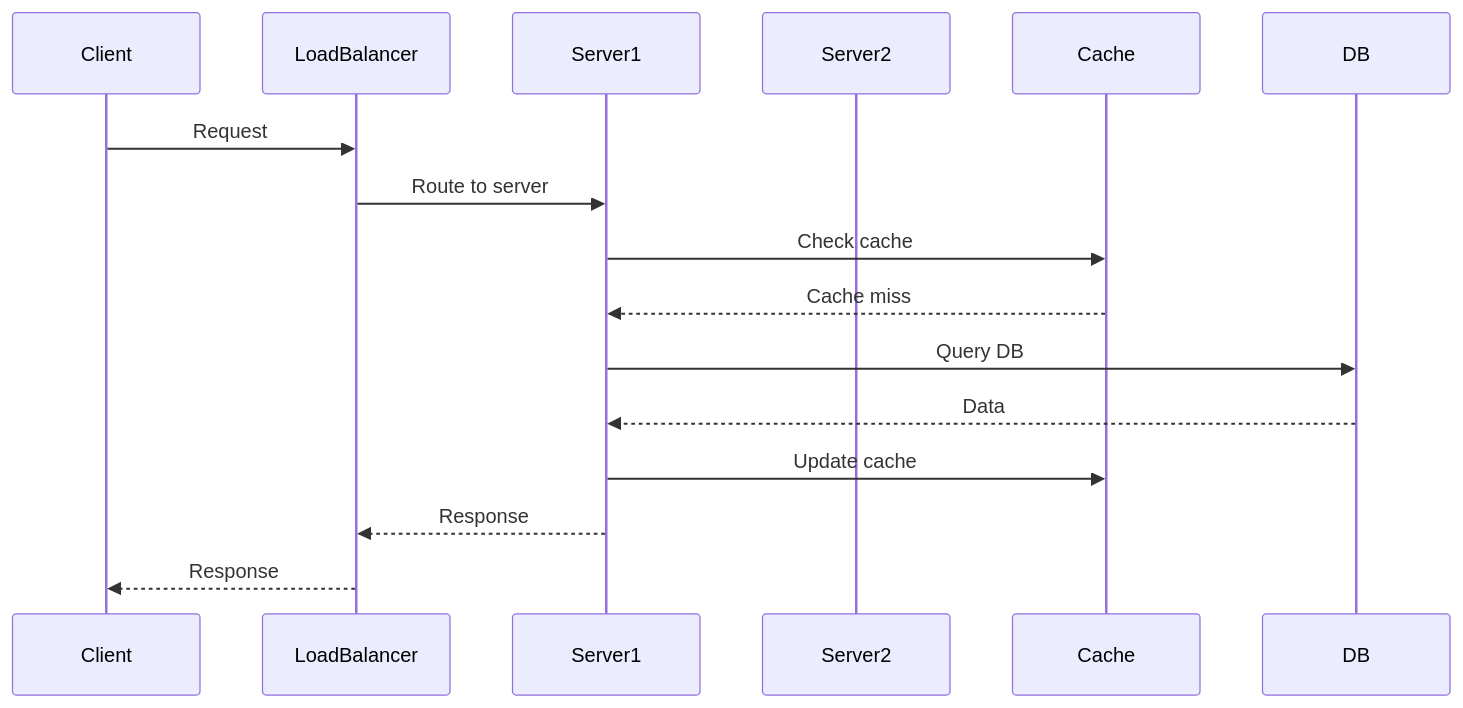
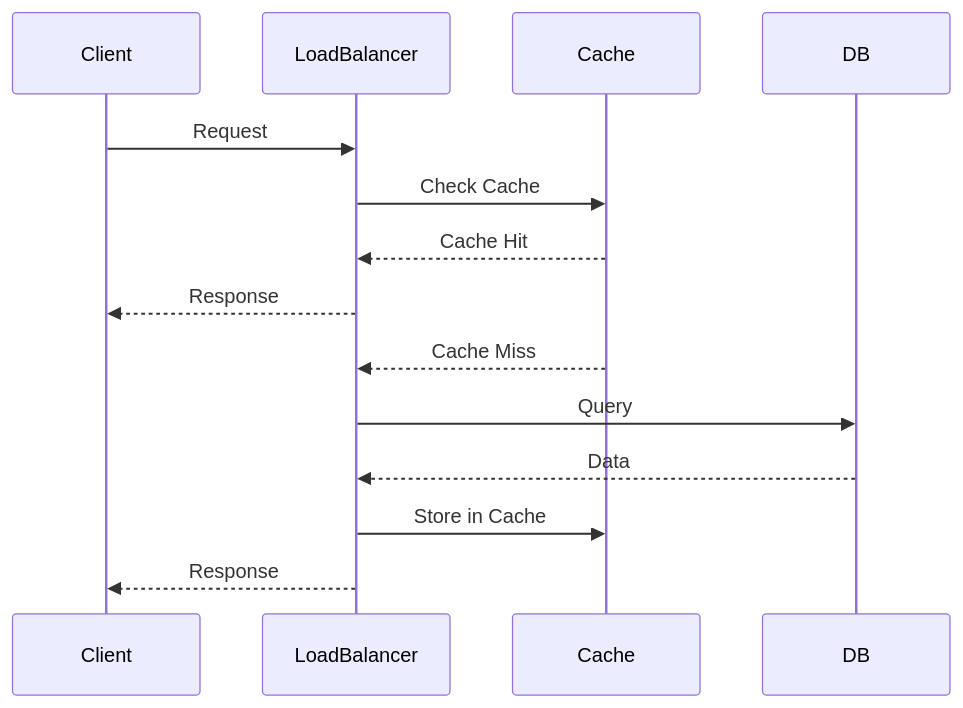
Before and after one commit to VrushankPatel/interview-matters: the first of 2 diagrams in high-scalability-patterns/README.md, drawn with Mermaid. The commit also changed other lines of this file and 2 other files, not shown here.

Commit message:
kb: add/update topics collections-and-data-structures, java-stream-api-and-functional-programming, system-design-basics, high-scalability-patterns, cap-theorem-and-distributed-systems

````diff
--- a/high-scalability-patterns/README.md
+++ b/high-scalability-patterns/README.md
@@ -110,19 +82,17 @@
 ```mermaid
 sequenceDiagram
     participant Client
     participant LoadBalancer
-    participant Server1
-    participant Server2
     participant Cache
     participant DB
 
     Client->>LoadBalancer: Request
-    LoadBalancer->>Server1: Route to server
-    Server1->>Cache: Check cache
-    Cache-->>Server1: Cache miss
-    Server1->>DB: Query DB
-    DB-->>Server1: Data
-    Server1->>Cache: Update cache
-    Server1-->>LoadBalancer: Response
+    LoadBalancer->>Cache: Check Cache
+    Cache-->>LoadBalancer: Cache Hit
+    LoadBalancer-->>Client: Response
+    Cache-->>LoadBalancer: Cache Miss
+    LoadBalancer->>DB: Query
+    DB-->>LoadBalancer: Data
+    LoadBalancer->>Cache: Store in Cache
     LoadBalancer-->>Client: Response
 ```
````
